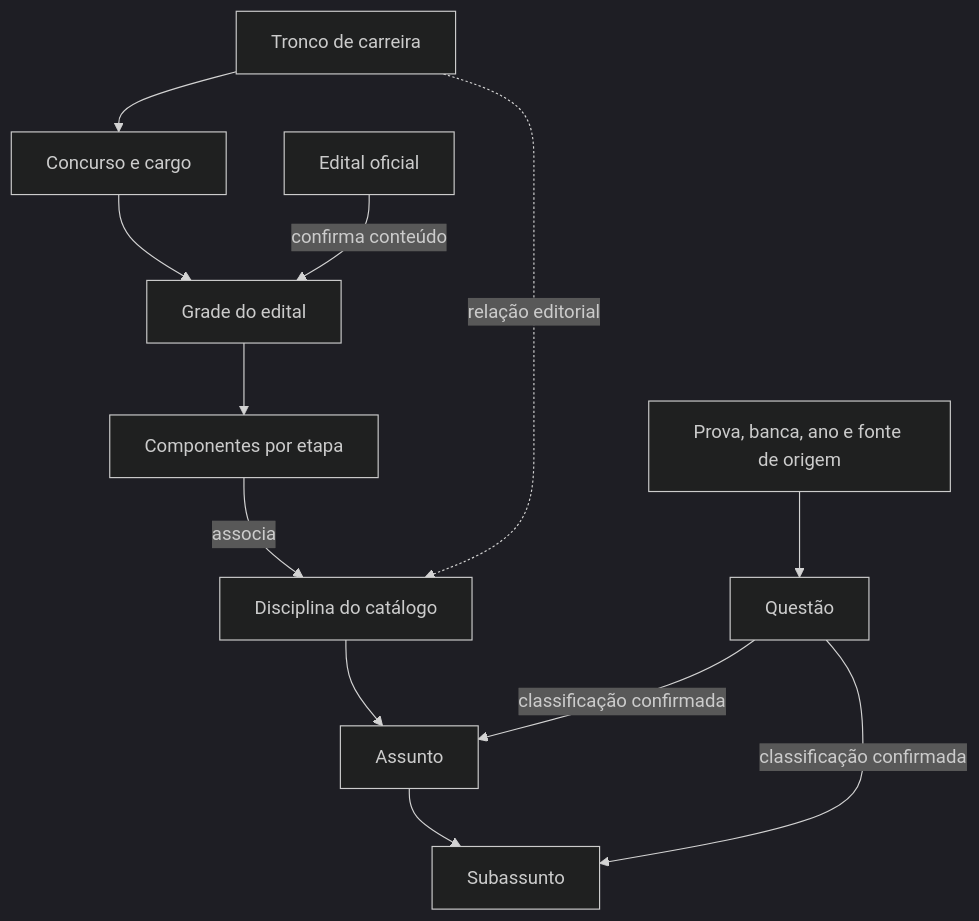
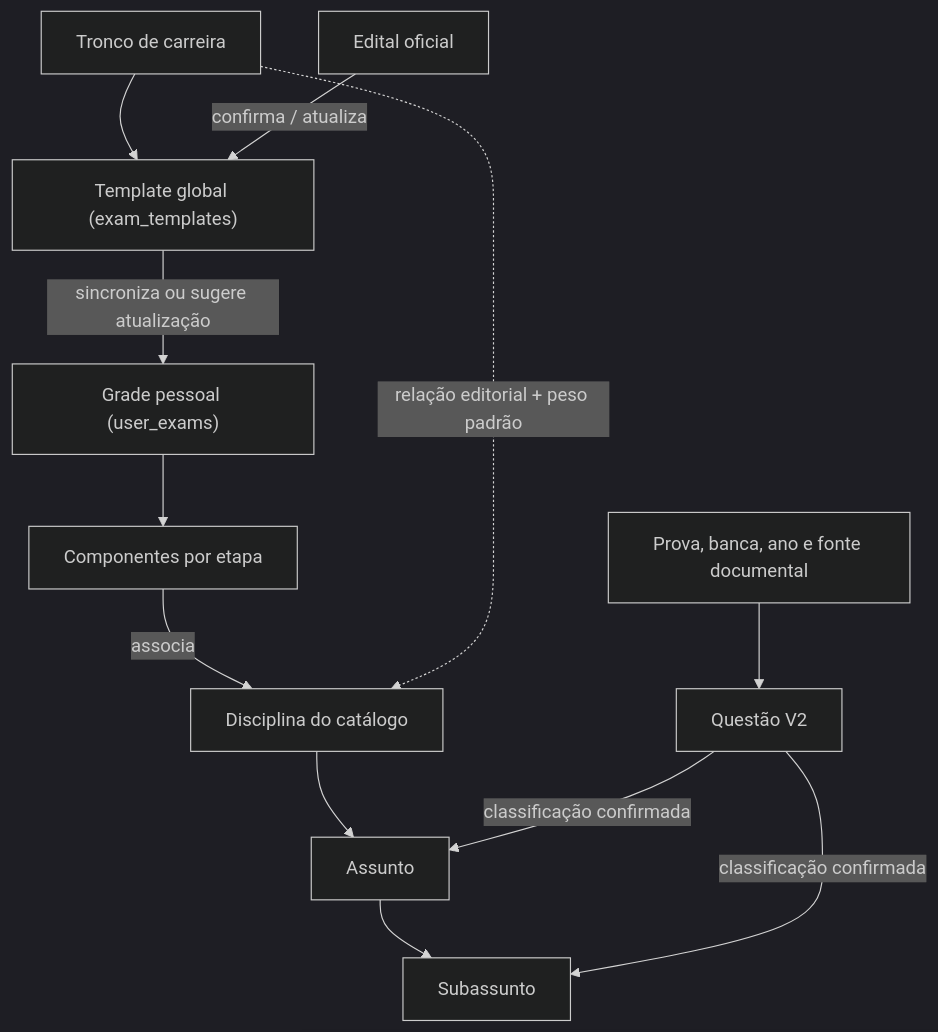
One commit to danielcdes-create/cogniva changed the diagram in docs/ESTRUTURA-ESTUDOS.md. Above: the diagram before and after it, drawn with Mermaid (dark theme). The commit also changed other lines of this file and 382 other files, not shown here.

````diff
--- a/docs/ESTRUTURA-ESTUDOS.md
+++ b/docs/ESTRUTURA-ESTUDOS.md
@@ -17,14 +17,14 @@
 ```mermaid
 flowchart TD
-  T[Tronco de carreira] --> C[Concurso e cargo]
-  C --> G[Grade do edital]
-  E[Edital oficial] -->|confirma conteúdo| G
-  G --> K[Componentes por etapa]
-  K -->|associa| D[Disciplina do catálogo]
-  D --> A[Assunto]
-  A --> S[Subassunto]
-  T -. relação editorial .-> D
-  Q[Questão] -->|classificação confirmada| A
-  Q -->|classificação confirmada| S
-  O[Prova, banca, ano e fonte de origem] --> Q
+  T["Tronco de carreira"] --> TG["Template global (exam_templates)"]
+  TG -->|"sincroniza ou sugere atualização"| GP["Grade pessoal (user_exams)"]
+  E["Edital oficial"] -->|"confirma / atualiza"| TG
+  GP --> K["Componentes por etapa"]
+  K -->|"associa"| D["Disciplina do catálogo"]
+  D --> A["Assunto"]
+  A --> S["Subassunto"]
+  T -. "relação editorial + peso padrão" .-> D
+  Q["Questão V2"] -->|"classificação confirmada"| A
+  Q -->|"classificação confirmada"| S
+  O["Prova, banca, ano e fonte documental"] --> Q
 ```
````
